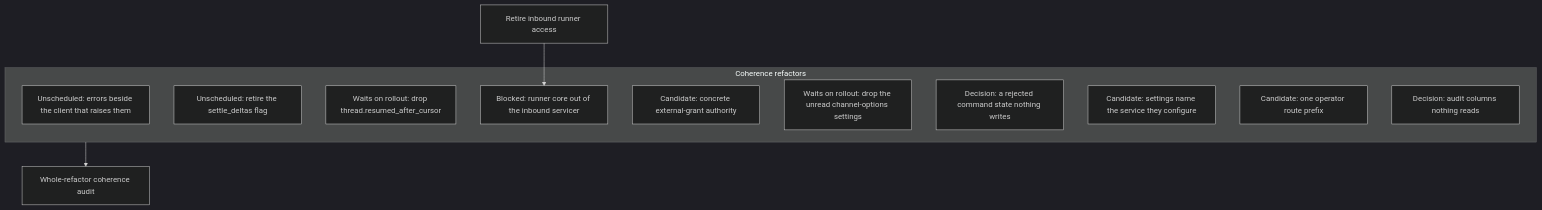
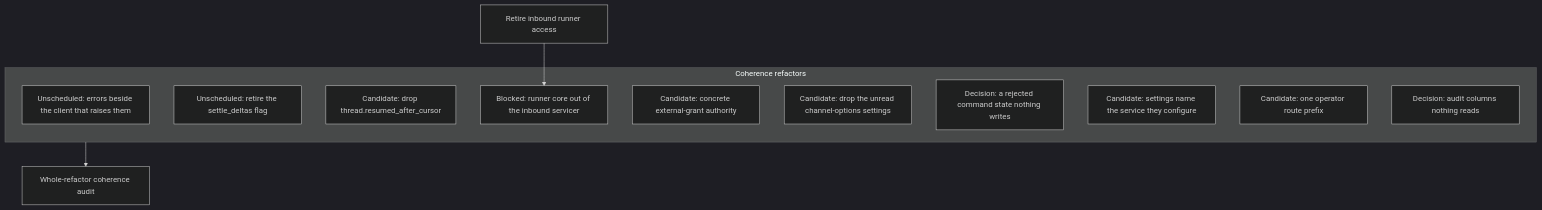
Diagram 14 of 14 in agentplane/plans/task_dag.md (agentydragon-agent/ducktape), drawn with Mermaid (dark theme) before and after one commit. The commit also changed other lines of this file, not shown here.

````diff
--- a/agentplane/plans/task_dag.md
+++ b/agentplane/plans/task_dag.md
@@ -830,18 +867,18 @@
 ```mermaid
 flowchart TD
     RUNNER_INBOUND_RETIRE[Retire inbound runner access]
     subgraph COHERENCE_REFACTORS[Coherence refactors]
         RUNNER_ERRORS_REHOME[Unscheduled: errors beside the client that raises them]
         SETTLE_DELTAS_ALWAYS_ON[Unscheduled: retire the settle_deltas flag]
-        THREAD_RESUME_COLUMN_DROP[Waits on rollout: drop thread.resumed_after_cursor]
+        THREAD_RESUME_COLUMN_DROP[Candidate: drop thread.resumed_after_cursor]
         RUNNER_CORE_SPLIT[Blocked: runner core out of the inbound servicer]
         ACTION_PROTOCOLS_CONCRETE[Candidate: concrete external-grant authority]
-        GRPC_CHANNEL_OPTIONS_CONSTANT[Waits on rollout: drop the unread channel-options settings]
+        GRPC_CHANNEL_OPTIONS_CONSTANT[Candidate: drop the unread channel-options settings]
         COMMAND_REJECTED_STATE[Decision: a rejected command state nothing writes]
         SERVICE_SETTING_NAMES[Candidate: settings name the service they configure]
         OPERATOR_ROUTE_PREFIX[Candidate: one operator route prefix]
         NOTIFICATION_WRITE_ONLY_COLUMNS[Decision: audit columns nothing reads]
     end
     RUNNER_INBOUND_RETIRE --> RUNNER_CORE_SPLIT
     COHERENCE_REFACTORS --> REFACTOR_COHERENCE_AUDIT[Whole-refactor coherence audit]
 ```
````
